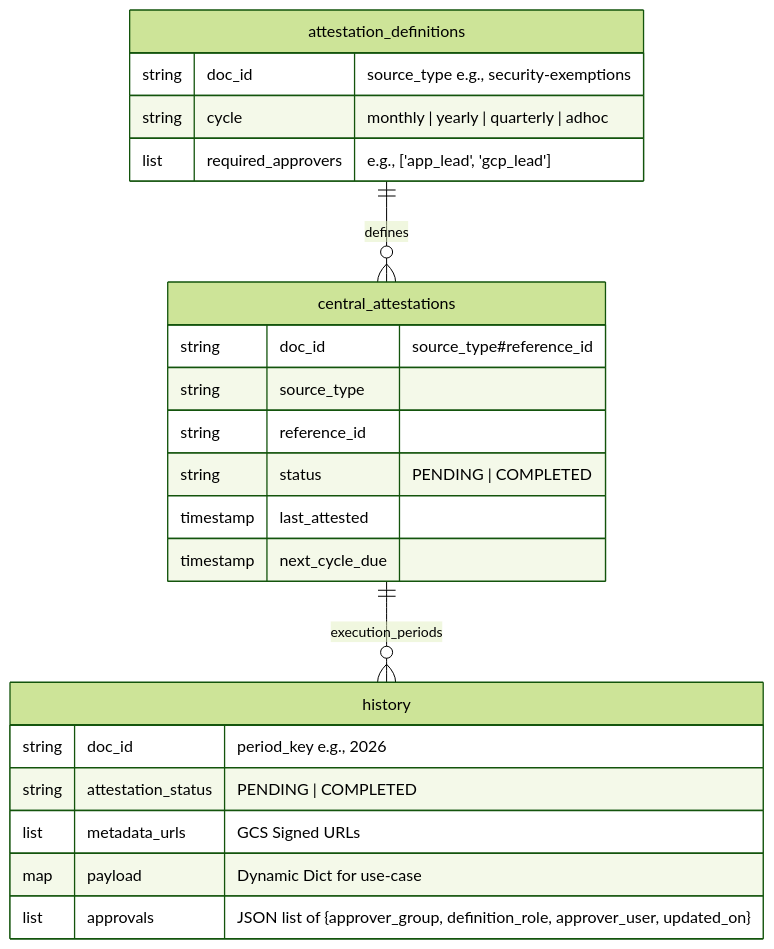
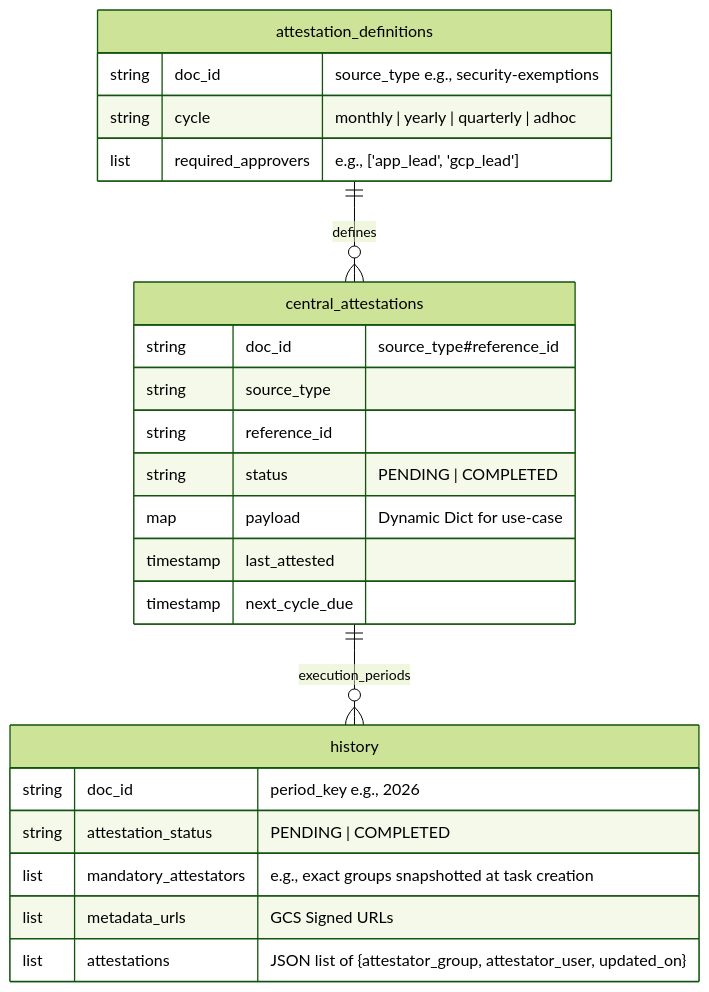
The diagram in README.md (dograga/attestation), drawn with Mermaid (forest theme) before and after one commit. The commit also changed other lines of this file, not shown here.

````diff
--- a/README.md
+++ b/README.md
@@ -8,28 +8,29 @@
 ```mermaid
 erDiagram
     attestation_definitions ||--o{ central_attestations : defines
     central_attestations ||--o{ history : execution_periods
 
     attestation_definitions {
         string doc_id "source_type e.g., security-exemptions"
         string cycle "monthly | yearly | quarterly | adhoc"
         list required_approvers "e.g., ['app_lead', 'gcp_lead']"
     }
 
     central_attestations {
         string doc_id "source_type#reference_id"
         string source_type
         string reference_id
         string status "PENDING | COMPLETED"
+        map payload "Dynamic Dict for use-case"
         timestamp last_attested
         timestamp next_cycle_due
     }
 
     history {
         string doc_id "period_key e.g., 2026"
         string attestation_status "PENDING | COMPLETED"
+        list mandatory_attestators "e.g., exact groups snapshotted at task creation"
         list metadata_urls "GCS Signed URLs"
-        map payload "Dynamic Dict for use-case"
-        list approvals "JSON list of {approver_group, definition_role, approver_user, updated_on}"
+        list attestations "JSON list of {attestator_group, attestator_user, updated_on}"
     }
 ```
````
